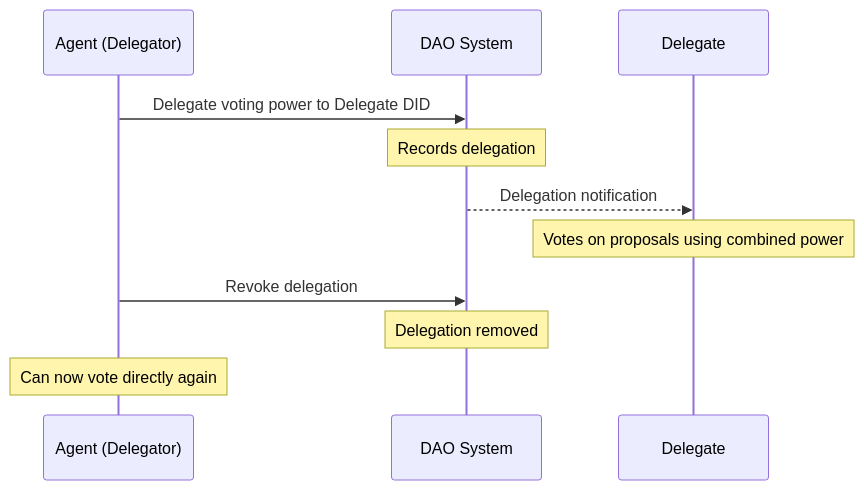
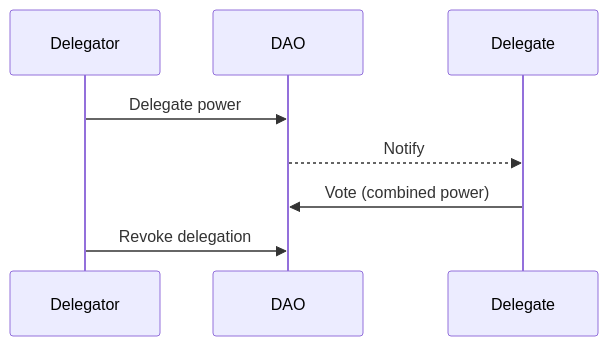
The second of 3 diagrams in packages/docs/content/docs/getting-started/core-concepts/dao.md (claw-network/clawnet), drawn with Mermaid before and after one commit. The commit also changed other lines of this file and 14 other files, not shown here.

First line of the commit message:
Refactor diagrams and improve clarity in DAO, Identity, Markets, Reputation, Service Contracts, and Wallet documentation

````diff
--- a/packages/docs/content/docs/getting-started/core-concepts/dao.md
+++ b/packages/docs/content/docs/getting-started/core-concepts/dao.md
@@ -84,15 +84,11 @@
 ```mermaid
 sequenceDiagram
-    participant Agent as Agent (Delegator)
-    participant DAO as DAO System
-    participant Delegate as Delegate
+    participant A as Delegator
+    participant D as DAO
+    participant B as Delegate
 
-    Agent->>DAO: Delegate voting power to Delegate DID
-    Note over DAO: Records delegation
-    DAO-->>Delegate: Delegation notification
-    Note over Delegate: Votes on proposals using combined power
-
-    Agent->>DAO: Revoke delegation
-    Note over DAO: Delegation removed
-    Note over Agent: Can now vote directly again
+    A->>D: Delegate power
+    D-->>B: Notify
+    B->>D: Vote (combined power)
+    A->>D: Revoke delegation
 ```
````
